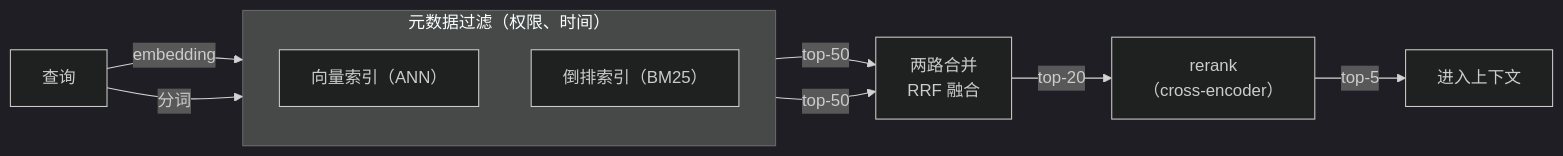
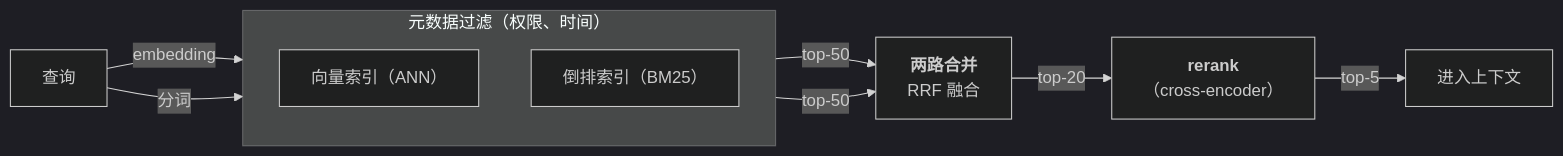
One commit to arganzheng/arganzheng.github.com changed the second of 6 diagrams in _posts/2026-10-16-indexing-hybrid-search-and-reranking.md. Above: the diagram before and after it, drawn with Mermaid (dark theme). The commit also changed other lines of this file and 7 other files, not shown here.

First line of the commit message:
检索与知识接入：私域知识怎么进入模型：Mermaid 多行方框的首行标为标题（8 篇）

````diff
--- a/_posts/2026-10-16-indexing-hybrid-search-and-reranking.md
+++ b/_posts/2026-10-16-indexing-hybrid-search-and-reranking.md
@@ -36,15 +36,15 @@
 ```mermaid
 %% 图：一次混合检索的路径：两路各 top-50（召回时就做元数据过滤）→ RRF top-20 → rerank top-5
 flowchart LR
     Q["查询"] -->|embedding| V
     Q -->|分词| I
     subgraph F["元数据过滤（权限、时间）"]
         direction TB
         V["向量索引（ANN）"]
         I["倒排索引（BM25）"]
     end
-    V -->|top-50| R["两路合并<br/>RRF 融合"]
+    V -->|top-50| R["<b>两路合并</b><br/>RRF 融合"]
     I -->|top-50| R
-    R -->|top-20| K["rerank<br/>（cross-encoder）"]
+    R -->|top-20| K["<b>rerank</b><br/>（cross-encoder）"]
     K -->|top-5| C["进入上下文"]
 ```
````
